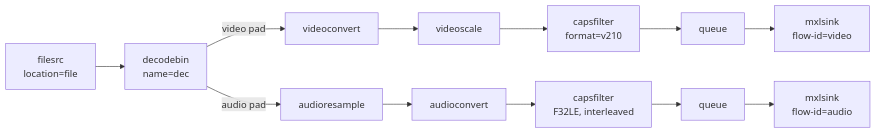
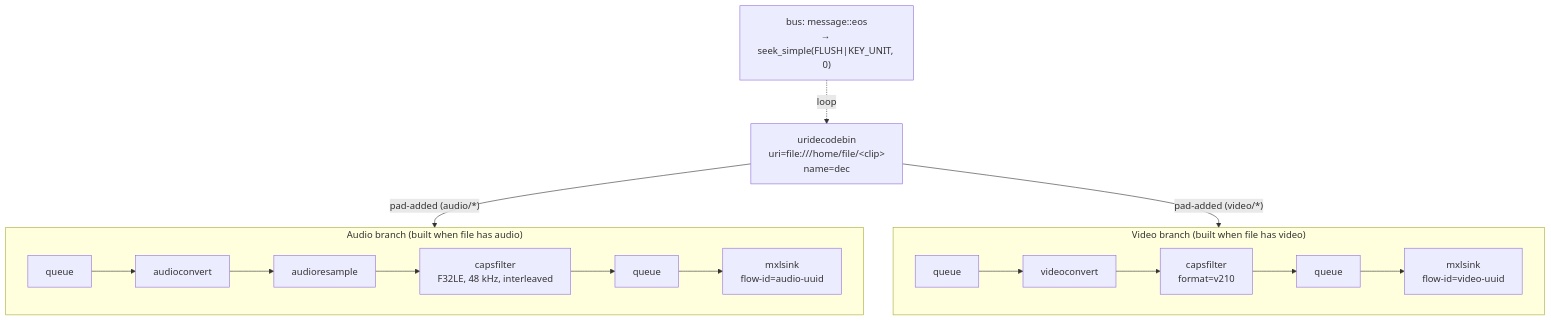
Before and after one commit to cbcrc/mxl-hands-on: the first of 6 diagrams in gst-apps/gstreamer-pipeline.md, drawn with Mermaid. The commit also changed other lines of this file and 15 other files, not shown here.

````diff
--- a/gst-apps/gstreamer-pipeline.md
+++ b/gst-apps/gstreamer-pipeline.md
@@ -42,17 +83,32 @@
 ```mermaid
-flowchart LR
-    filesrc["filesrc\nlocation=file"]
-    decodebin["decodebin\nname=dec"]
-    vconv["videoconvert"]
-    vscale["videoscale"]
-    vqueue["queue"]
-    vsink["mxlsink\nflow-id=video"]
-    aresample["audioresample"]
-    aconv["audioconvert"]
-    aqueue["queue"]
-    asink["mxlsink\nflow-id=audio"]
+flowchart TB
+    src["uridecodebin\nuri=file:///home/file/&lt;clip&gt;\nname=dec"]
 
-    filesrc --> decodebin
-    decodebin -->|"video pad"| vconv --> vscale --> vcaps["capsfilter\nformat=v210"] --> vqueue --> vsink
-    decodebin -->|"audio pad"| aresample --> aconv --> acaps["capsfilter\nF32LE, interleaved"] --> aqueue --> asink
+    subgraph video_branch["Video branch (built when file has video)"]
+        direction LR
+        vqueue_in["queue"]
+        vconv["videoconvert"]
+        vcaps["capsfilter\nformat=v210"]
+        vqueue_out["queue"]
+        vsink["mxlsink\nflow-id=video-uuid"]
+
+        vqueue_in --> vconv --> vcaps --> vqueue_out --> vsink
+    end
+
+    subgraph audio_branch["Audio branch (built when file has audio)"]
+        direction LR
+        aqueue_in["queue"]
+        aconv["audioconvert"]
+        aresample["audioresample"]
+        acaps["capsfilter\nF32LE, 48 kHz, interleaved"]
+        aqueue_out["queue"]
+        asink["mxlsink\nflow-id=audio-uuid"]
+
+        aqueue_in --> aconv --> aresample --> acaps --> aqueue_out --> asink
+    end
+
+    src -- "pad-added (video/*)" --> vqueue_in
+    src -- "pad-added (audio/*)" --> aqueue_in
+
+    eos["bus: message::eos\n→ seek_simple(FLUSH|KEY_UNIT, 0)"] -. "loop" .-> src
 ```
````
